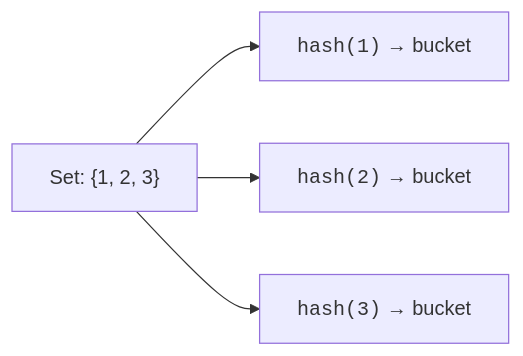
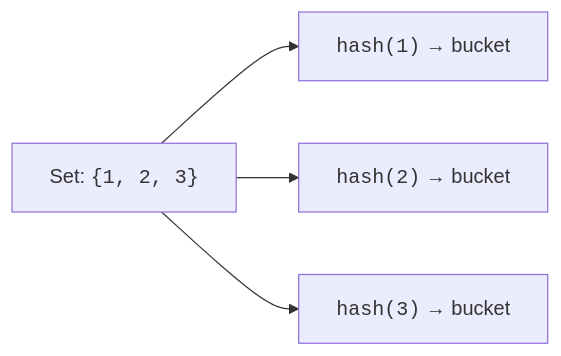
The first of 2 diagrams in content/learn/python-basics/sets.mdx (dataslope/dataslope), drawn with Mermaid before and after one commit. The commit also changed other lines of this file and 100 other files, not shown here.

First line of the commit message:
Wrap more code in diagram labels: filenames, hex, assignments, subgraph titles

````diff
--- a/content/learn/python-basics/sets.mdx
+++ b/content/learn/python-basics/sets.mdx
@@ -14,6 +14,6 @@
 ```mermaid
 flowchart LR
-    A["Set: {1, 2, 3}"] --> B["<code>hash(1)</code> → bucket"]
+    A["Set: <code>{1, 2, 3}</code>"] --> B["<code>hash(1)</code> → bucket"]
     A --> C["<code>hash(2)</code> → bucket"]
     A --> D["<code>hash(3)</code> → bucket"]
 ```
````
